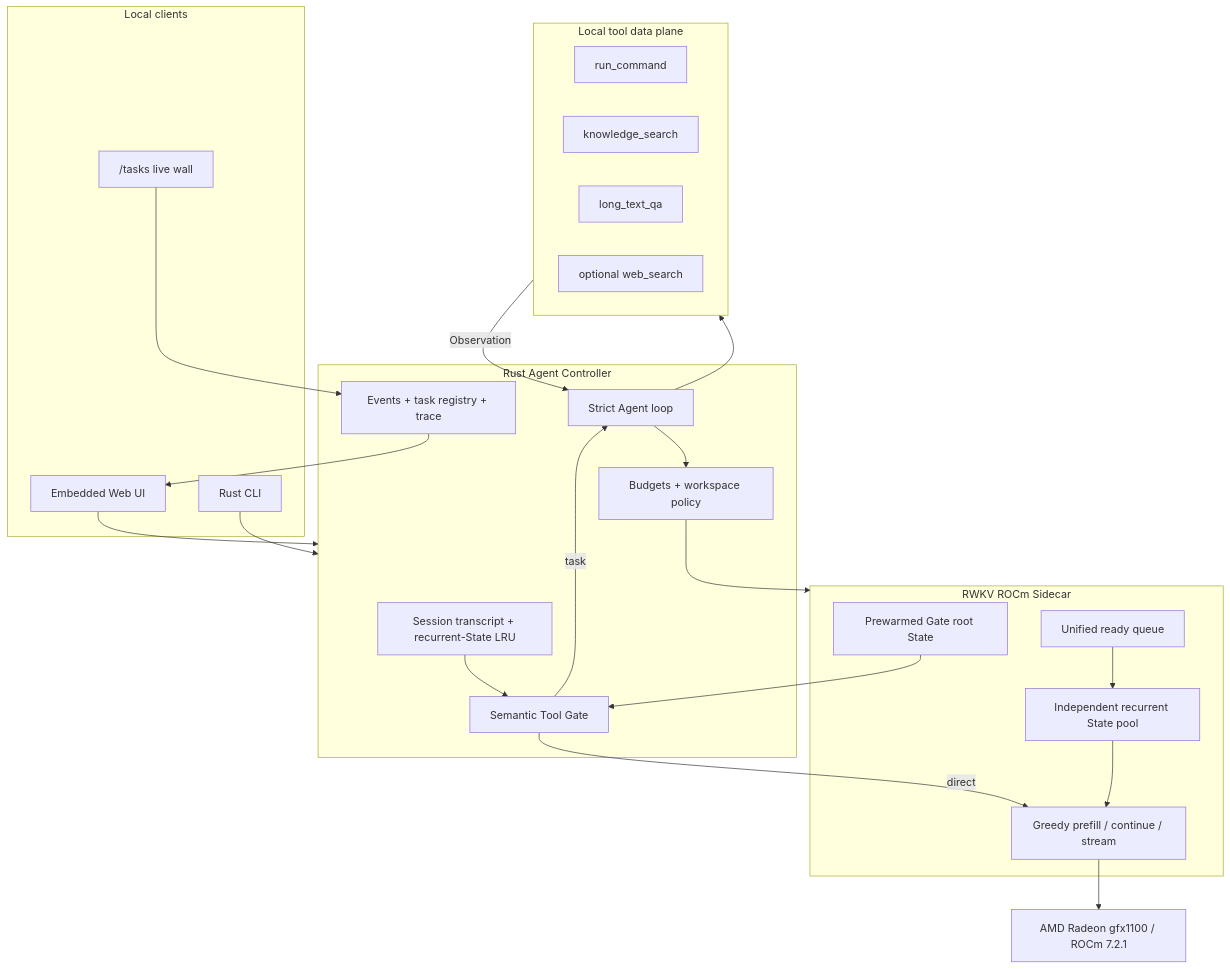
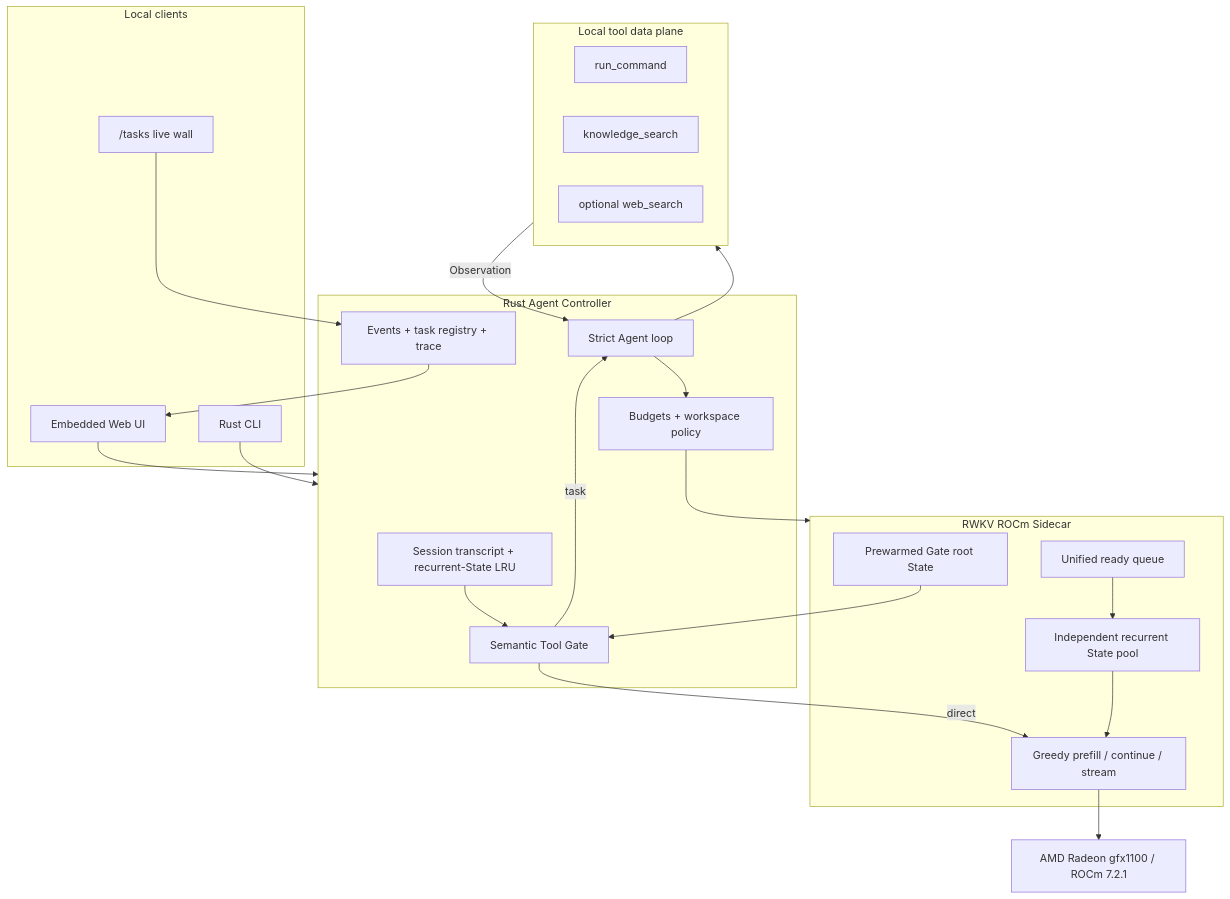
The diagram in docs/PROJECT_SPECIFICATION.md (123123213weqw/rwkv-agent), drawn with Mermaid before and after one commit. The commit also changed other lines of this file and 22 other files, not shown here.

````diff
--- a/docs/PROJECT_SPECIFICATION.md
+++ b/docs/PROJECT_SPECIFICATION.md
@@ -64,46 +64,45 @@
 ```mermaid
 flowchart TB
     subgraph Clients["Local clients"]
         WEB["Embedded Web UI"]
         CLI["Rust CLI"]
         WALL["/tasks live wall"]
     end
 
     subgraph Control["Rust Agent Controller"]
         SESSION["Session transcript + recurrent-State LRU"]
         GATE["Semantic Tool Gate"]
         LOOP["Strict Agent loop"]
         POLICY["Budgets + workspace policy"]
         TRACE["Events + task registry + trace"]
     end
 
     subgraph Model["RWKV ROCm Sidecar"]
         ROOT["Prewarmed Gate root State"]
         QUEUE["Unified ready queue"]
         POOL["Independent recurrent State pool"]
         DECODE["Greedy prefill / continue / stream"]
     end
 
     subgraph Tools["Local tool data plane"]
         CMD["run_command"]
         KB["knowledge_search"]
-        LONG["long_text_qa"]
         WEBSEARCH["optional web_search"]
     end
 
     WEB --> Control
     CLI --> Control
     WALL --> TRACE
     SESSION --> GATE
     GATE -->|direct| DECODE
     GATE -->|task| LOOP
     LOOP --> POLICY
     POLICY --> Model
     LOOP --> Tools
     Tools -->|Observation| LOOP
     TRACE --> WEB
     ROOT --> GATE
     QUEUE --> POOL
     POOL --> DECODE
     DECODE --> GPU["AMD Radeon gfx1100 / ROCm 7.2.1"]
 ```
````
